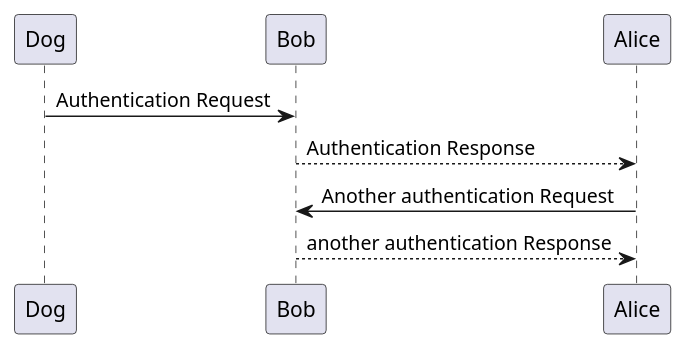
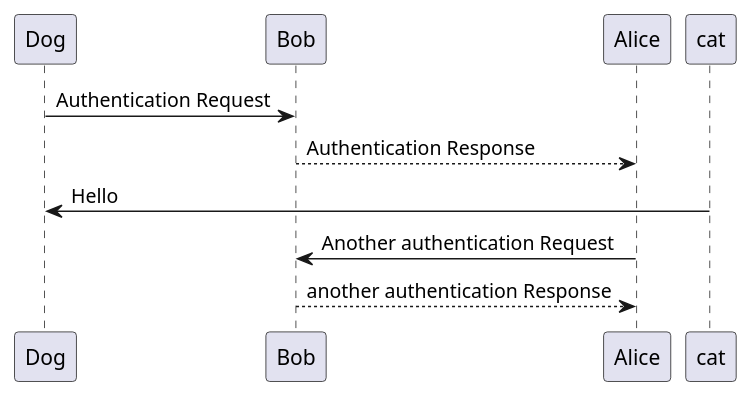
Before and after one commit to a999777/OOPd_HW3: the diagram in src/1.puml, drawn with PlantUML. The commit also changed 5 other files, not shown here.

```diff
--- a/src/1.puml
+++ b/src/1.puml
@@ -1,7 +1,8 @@
 @startuml
 Dog -> Bob: Authentication Request
 Bob --> Alice: Authentication Response
+cat-> Dog: Hello
 
 Alice -> Bob: Another authentication Request
 Alice <-- Bob: another authentication Response
 @enduml
```
